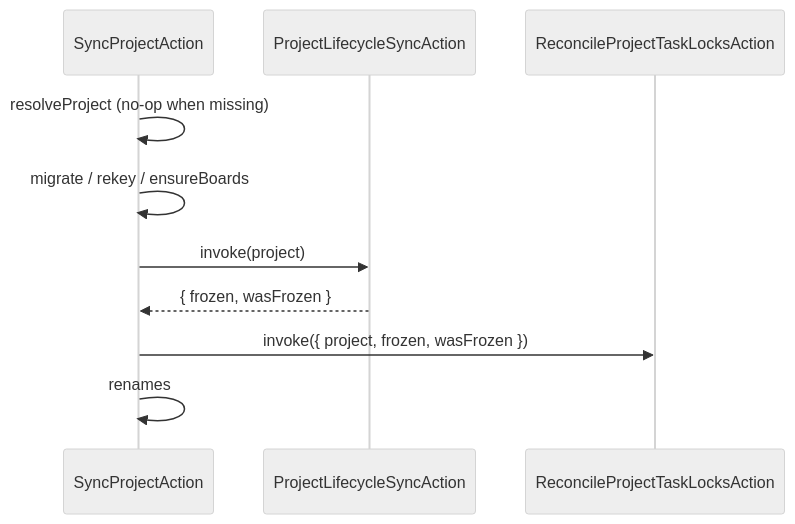
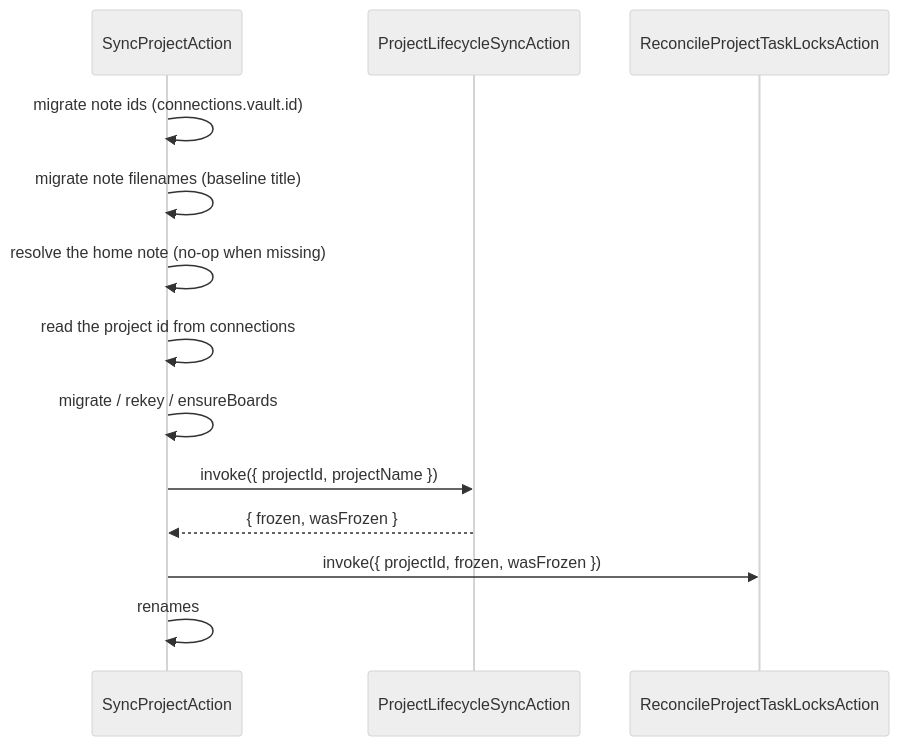
One commit to 99linesofcode/obsidian-project-management changed the second of 16 diagrams in docs/developer-manual.md. Above: the diagram before and after it, drawn with Mermaid (neutral theme). The commit also changed other lines of this file and 118 other files, not shown here.

````diff
--- a/docs/developer-manual.md
+++ b/docs/developer-manual.md
@@ -206,13 +210,16 @@
 ```mermaid
 sequenceDiagram
   participant SP as SyncProjectAction
   participant Life as ProjectLifecycleSyncAction
   participant Lock as ReconcileProjectTaskLocksAction
 
-  SP->>SP: resolveProject (no-op when missing)
+  SP->>SP: migrate note ids (connections.vault.id)
+  SP->>SP: migrate note filenames (baseline title)
+  SP->>SP: resolve the home note (no-op when missing)
+  SP->>SP: read the project id from connections
   SP->>SP: migrate / rekey / ensureBoards
-  SP->>Life: invoke(project)
+  SP->>Life: invoke({ projectId, projectName })
   Life-->>SP: { frozen, wasFrozen }
-  SP->>Lock: invoke({ project, frozen, wasFrozen })
+  SP->>Lock: invoke({ projectId, frozen, wasFrozen })
   SP->>SP: renames
 ```
````
